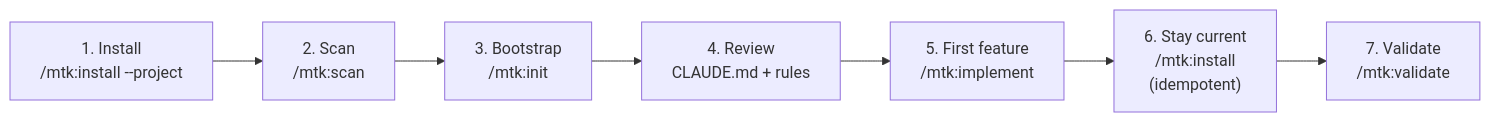
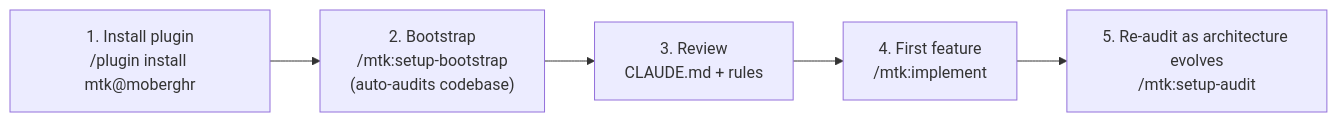
One commit to moberghr/mtk-agent-toolkit changed the seventh of 8 diagrams in README.md. Above: the diagram before and after it, drawn with Mermaid. The commit also changed other lines of this file and 18 other files, not shown here.

````diff
--- a/README.md
+++ b/README.md
@@ -456,9 +444,7 @@
 ```mermaid
 graph LR
-    A["1. Install<br/>/mtk:install --project"] --> B["2. Scan<br/>/mtk:scan"]
-    B --> C["3. Bootstrap<br/>/mtk:init"]
-    C --> D["4. Review<br/>CLAUDE.md + rules"]
-    D --> E["5. First feature<br/>/mtk:implement"]
-    E --> F["6. Stay current<br/>/mtk:install<br/>(idempotent)"]
-    F --> G["7. Validate<br/>/mtk:validate"]
+    A["1. Install plugin<br/>/plugin install mtk@moberghr"] --> B["2. Bootstrap<br/>/mtk:setup-bootstrap<br/>(auto-audits codebase)"]
+    B --> C["3. Review<br/>CLAUDE.md + rules"]
+    C --> D["4. First feature<br/>/mtk:implement"]
+    D --> E["5. Re-audit as architecture evolves<br/>/mtk:setup-audit"]
 ```
````
